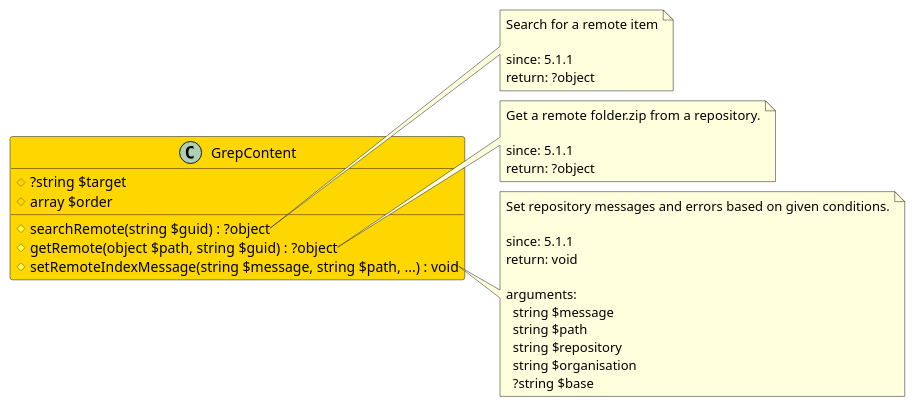
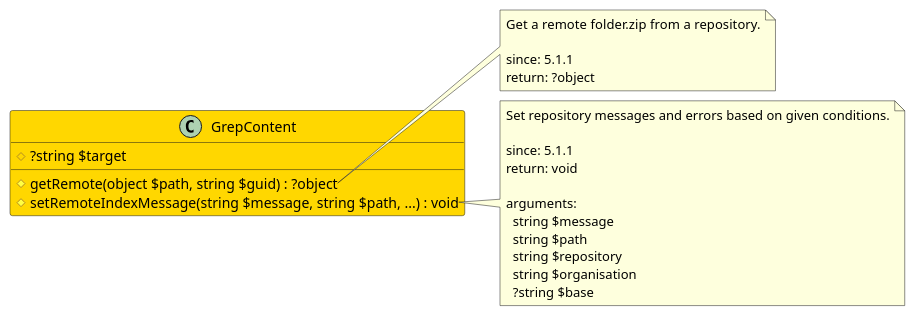
One commit to joomengine/jcb-packager changed the diagram in src/ec48c3dc-8355-4919-aad1-591521fc36a2/README.md. Above: the diagram before and after it, drawn with PlantUML. The commit also changed 149 other files, not shown here.

````diff
--- a/src/ec48c3dc-8355-4919-aad1-591521fc36a2/README.md
+++ b/src/ec48c3dc-8355-4919-aad1-591521fc36a2/README.md
@@ -6,41 +6,32 @@
 ```uml
 @startuml
 
 class GrepContent  #Gold {
   # ?string $target
-  # array $order
-  # searchRemote(string $guid) : ?object
   # getRemote(object $path, string $guid) : ?object
   # setRemoteIndexMessage(string $message, string $path, ...) : void
 }
-
-note right of GrepContent::searchRemote
-  Search for a remote item
-
-  since: 5.1.1
-  return: ?object
-end note
 
 note right of GrepContent::getRemote
   Get a remote folder.zip from a repository.
 
   since: 5.1.1
   return: ?object
 end note
 
 note right of GrepContent::setRemoteIndexMessage
   Set repository messages and errors based on given conditions.
 
   since: 5.1.1
   return: void
   
   arguments:
     string $message
     string $path
     string $repository
     string $organisation
     ?string $base
 end note
 
 @enduml
 ```
````
